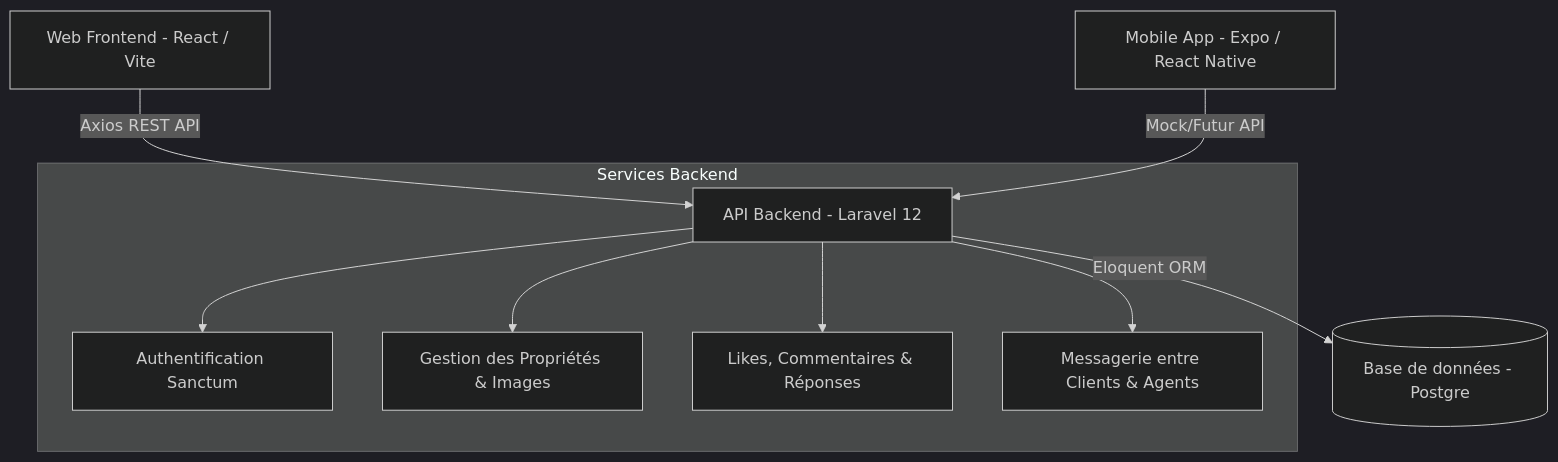
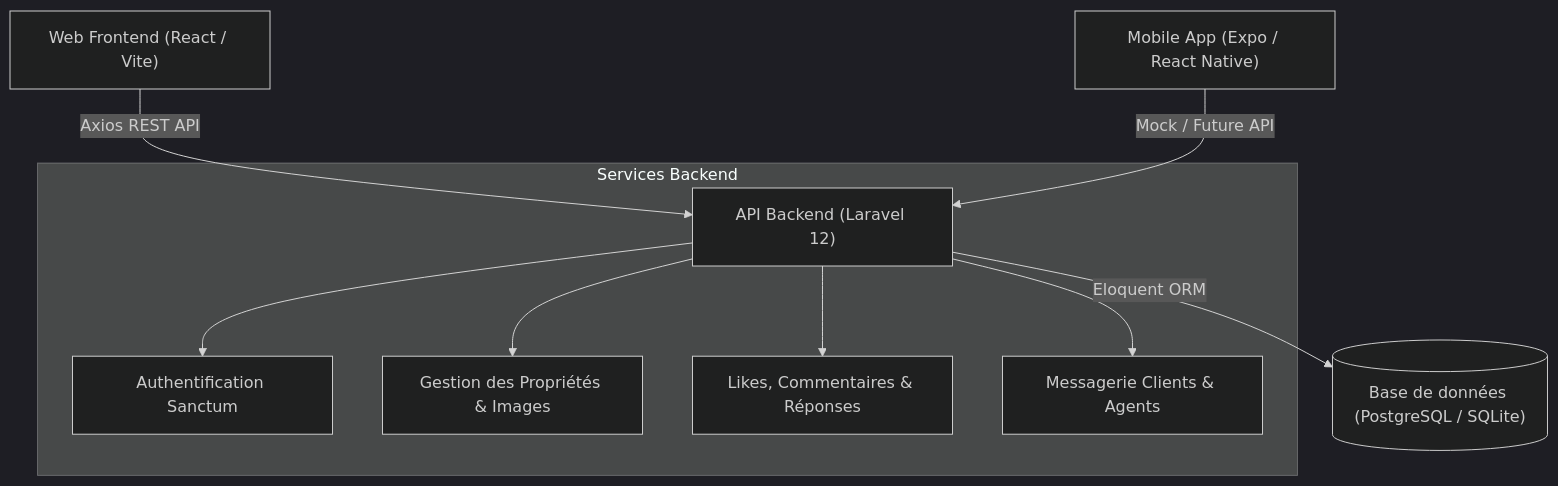
One commit to nosleepman1/immo-Prestige changed the diagram in README.md. Above: the diagram before and after it, drawn with Mermaid (dark theme).

Commit message:
docs: update project architecture diagram in README with improved formatting and corrected database labels

````diff
--- a/README.md
+++ b/README.md
@@ -9,17 +9,17 @@
 ```mermaid
 graph TD
     %% Frontend / Clients
-    Web[Web Frontend - React / Vite] -->|Axios REST API| API[API Backend - Laravel 12]
-    Mobile[Mobile App - Expo / React Native] -->|Mock/Futur API| API
+    Web["Web Frontend (React / Vite)"] -->|Axios REST API| API["API Backend (Laravel 12)"]
+    Mobile["Mobile App (Expo / React Native)"] -->|Mock / Future API| API
 
     %% Backend
-    API -->|Eloquent ORM| DB[(Base de données - Postgre)]
+    API -->|Eloquent ORM| DB[("Base de données (PostgreSQL / SQLite)")]
 
     %% Features within API
-    subgraph Services Backend
-        API --> Auths[Authentification Sanctum]
-        API --> Props[Gestion des Propriétés & Images]
-        API --> Social[Likes, Commentaires & Réponses]
-        API --> Messaging[Messagerie entre Clients & Agents]
+    subgraph "Services Backend"
+        API --> Auths["Authentification Sanctum"]
+        API --> Props["Gestion des Propriétés & Images"]
+        API --> Social["Likes, Commentaires & Réponses"]
+        API --> Messaging["Messagerie Clients & Agents"]
     end
 ```
````
